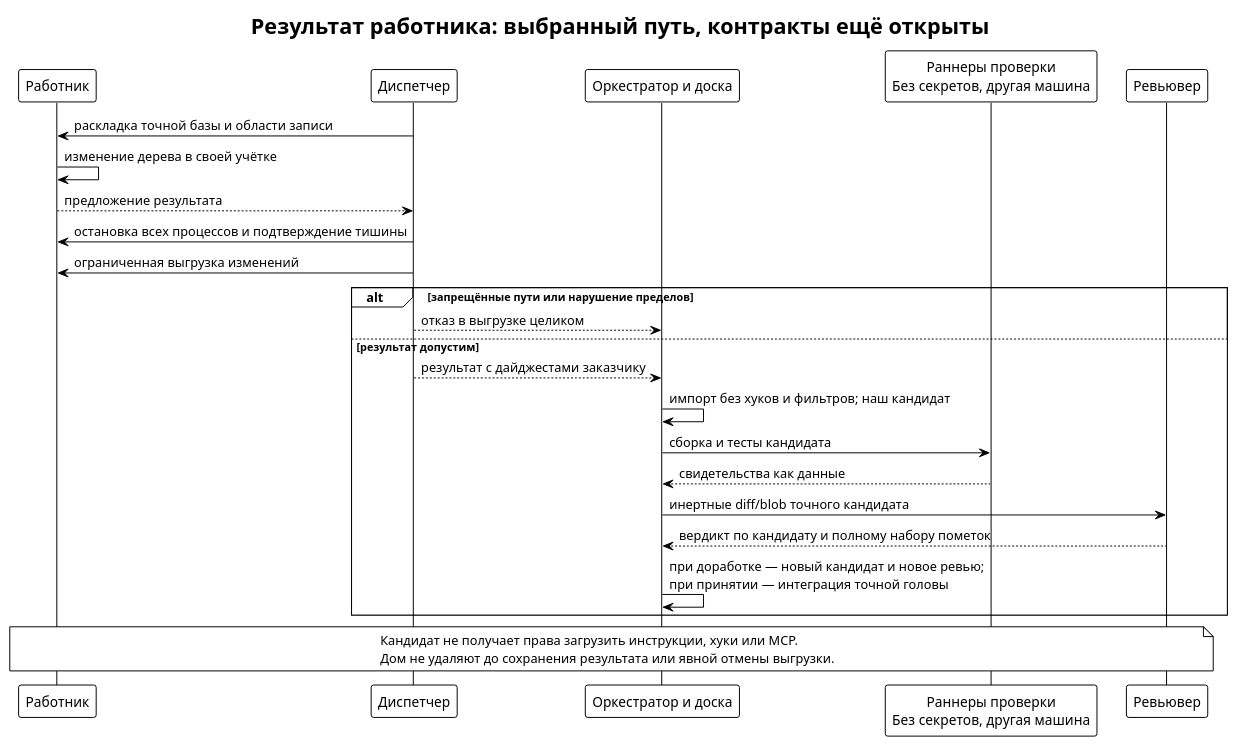
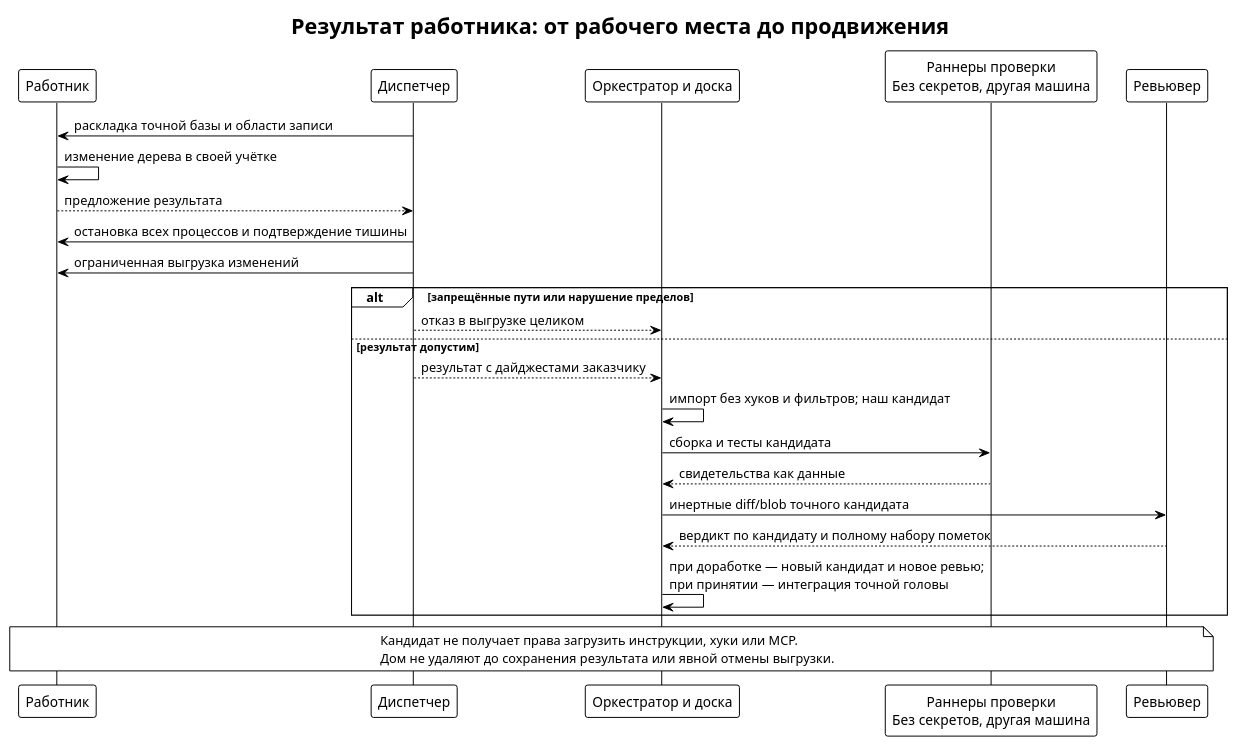
One commit to relux-works/swarma-docs changed the diagram in book/src/worker-code-path.puml. Above: the diagram before and after it, drawn with PlantUML. The commit also changed 51 other files, not shown here.

```diff
--- a/book/src/worker-code-path.puml
+++ b/book/src/worker-code-path.puml
@@ -1,31 +1,31 @@
 @startuml worker-code-path
 !theme plain
 skinparam defaultFontName "PT Sans"
 skinparam shadowing false
-title Результат работника: выбранный путь, контракты ещё открыты
+title Результат работника: от рабочего места до продвижения
 participant "Работник" as W
 participant "Диспетчер" as D
 participant "Оркестратор и доска" as B
 participant "Раннеры проверки\nБез секретов, другая машина" as V
 participant "Ревьювер" as R
 D -> W : раскладка точной базы и области записи
 W -> W : изменение дерева в своей учётке
 W --> D : предложение результата
 D -> W : остановка всех процессов и подтверждение тишины
 D -> W : ограниченная выгрузка изменений
 alt запрещённые пути или нарушение пределов
   D --> B : отказ в выгрузке целиком
 else результат допустим
   D --> B : результат с дайджестами заказчику
   B -> B : импорт без хуков и фильтров; наш кандидат
   B -> V : сборка и тесты кандидата
   V --> B : свидетельства как данные
   B -> R : инертные diff/blob точного кандидата
   R --> B : вердикт по кандидату и полному набору пометок
   B -> B : при доработке — новый кандидат и новое ревью;\nпри принятии — интеграция точной головы
 end
 note over W, R
   Кандидат не получает права загрузить инструкции, хуки или MCP.
   Дом не удаляют до сохранения результата или явной отмены выгрузки.
 end note
 @enduml
```
